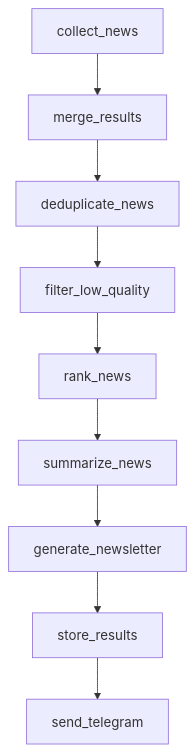
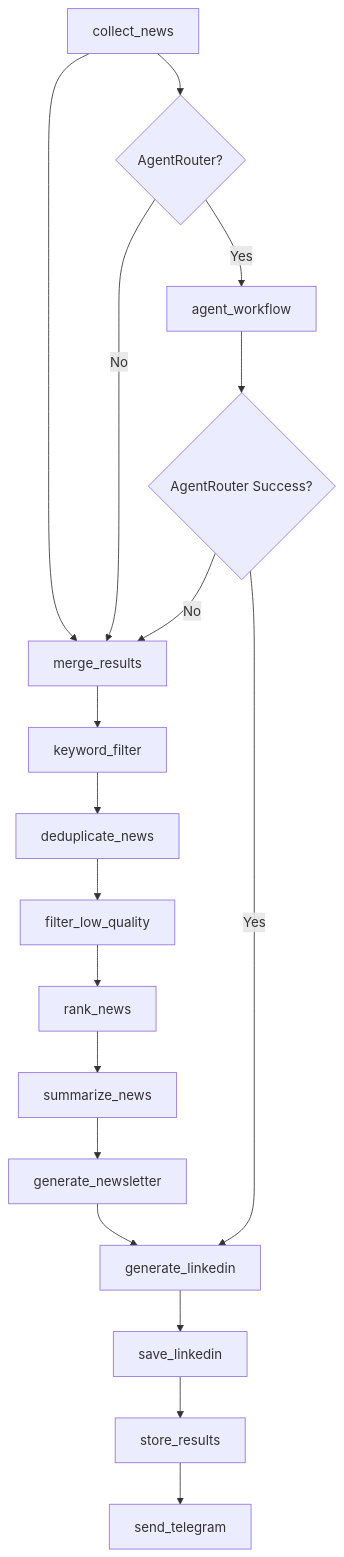
Before and after one commit to himanshu231204/ai-news-intelligence: the diagram in ARCHITECTURE.md, drawn with Mermaid. The commit also changed other lines of this file and 8 other files, not shown here.

First line of the commit message:
Enhance architecture and deployment documentation; optimize Dockerfile and Render configuration

````diff
--- a/ARCHITECTURE.md
+++ b/ARCHITECTURE.md
@@ -5,11 +5,22 @@
 ```mermaid
 flowchart TD
     A[collect_news] --> B[merge_results]
-    B --> C[deduplicate_news]
-    C --> D[filter_low_quality]
-    D --> E[rank_news]
-    E --> F[summarize_news]
-    F --> G[generate_newsletter]
-    G --> H[store_results]
-    H --> I[send_telegram]
+    B --> C[keyword_filter]
+    C --> D[deduplicate_news]
+    D --> E[filter_low_quality]
+    E --> F[rank_news]
+    F --> G[summarize_news]
+    G --> H[generate_newsletter]
+    H --> I[generate_linkedin]
+    I --> J[save_linkedin]
+    J --> K[store_results]
+    K --> L[send_telegram]
+    
+    A --> M{AgentRouter?}
+    M -->|Yes| N[agent_workflow]
+    M -->|No| B
+    
+    N --> O{AgentRouter Success?}
+    O -->|Yes| I
+    O -->|No| B
 ```
````
